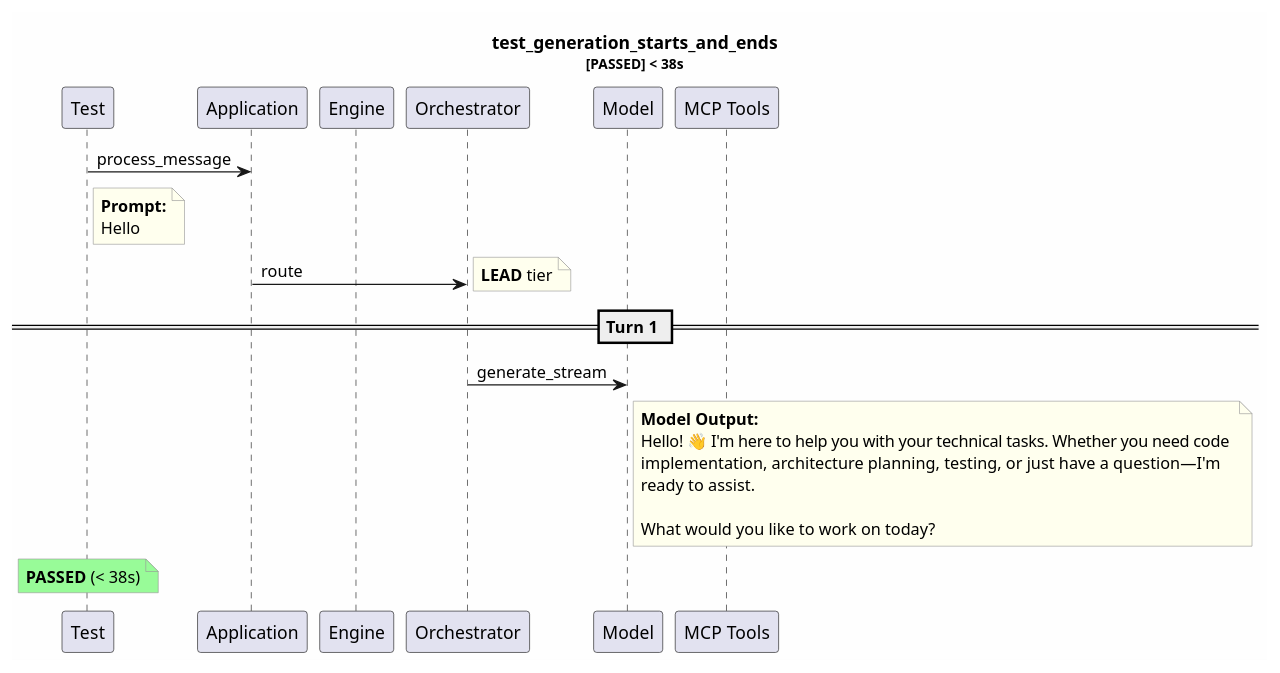
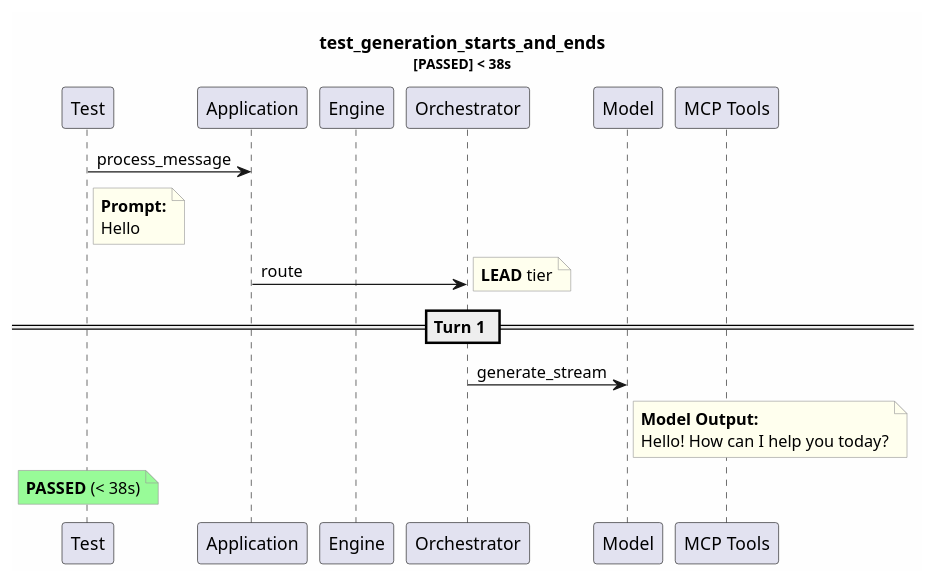
One commit to tvanfossen/entropic changed the diagram in test-reports/logs/test_generation_starts_and_ends/test_generation_starts_and_ends.puml. Above: the diagram before and after it, drawn with PlantUML. The commit also changed 11 other files, not shown here.

```diff
--- a/test-reports/logs/test_generation_starts_and_ends/test_generation_starts_and_ends.puml
+++ b/test-reports/logs/test_generation_starts_and_ends/test_generation_starts_and_ends.puml
@@ -1,35 +1,31 @@
 @startuml
 skinparam backgroundColor #FEFEFE
 skinparam noteBorderColor #999999
 skinparam noteBackgroundColor #FFFFEE
 title test_generation_starts_and_ends\n<size:11>[PASSED] < 38s</size>
 
 participant "Test" as T
 participant "Application" as App
 participant "Engine" as Eng
 participant "Orchestrator" as Orch
 participant "Model" as Mdl
 participant "MCP Tools" as MCP
 
 T -> App: process_message
 note right of T
   **Prompt:**
   Hello
 end note
 App -> Orch: route
 note right: **LEAD** tier
 == Turn 1 ==
 Orch -> Mdl: generate_stream
 note right of Mdl
   **Model Output:**
-  Hello! 👋 I'm here to help you with your technical tasks. Whether you need code 
-  implementation, architecture planning, testing, or just have a question—I'm 
-  ready to assist.
-  
-  What would you like to work on today?
+  Hello! How can I help you today?
 end note
 note over T #palegreen
   **PASSED** (< 38s)
 end note
 
 @enduml
```
